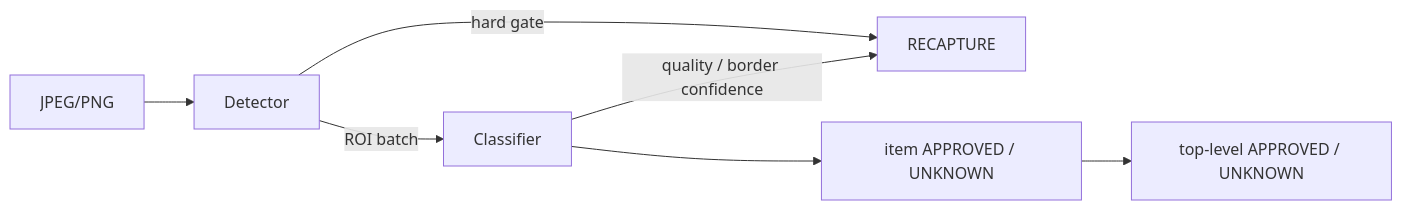
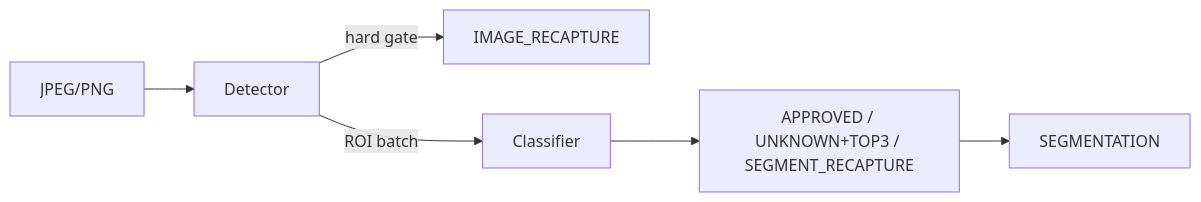
One commit to bix-dsjoo/bixolon_scanner changed the diagram in README.md. Above: the diagram before and after it, drawn with Mermaid. The commit also changed other lines of this file and 9 other files, not shown here.

````diff
--- a/README.md
+++ b/README.md
@@ -28,9 +33,8 @@
 ```mermaid
 flowchart LR
     INPUT["JPEG/PNG"] --> DETECTOR["Detector"]
-    DETECTOR -->|"hard gate"| RECAPTURE["RECAPTURE"]
+    DETECTOR -->|"hard gate"| RECAPTURE["IMAGE_RECAPTURE"]
     DETECTOR -->|"ROI batch"| CLASSIFIER["Classifier"]
-    CLASSIFIER -->|"quality / border confidence"| RECAPTURE
-    CLASSIFIER --> ITEMS["item APPROVED / UNKNOWN"]
-    ITEMS --> RESULT["top-level APPROVED / UNKNOWN"]
+    CLASSIFIER --> SEGMENTS["APPROVED / UNKNOWN+TOP3 / SEGMENT_RECAPTURE"]
+    SEGMENTS --> RESULT["SEGMENTATION"]
 ```
````
